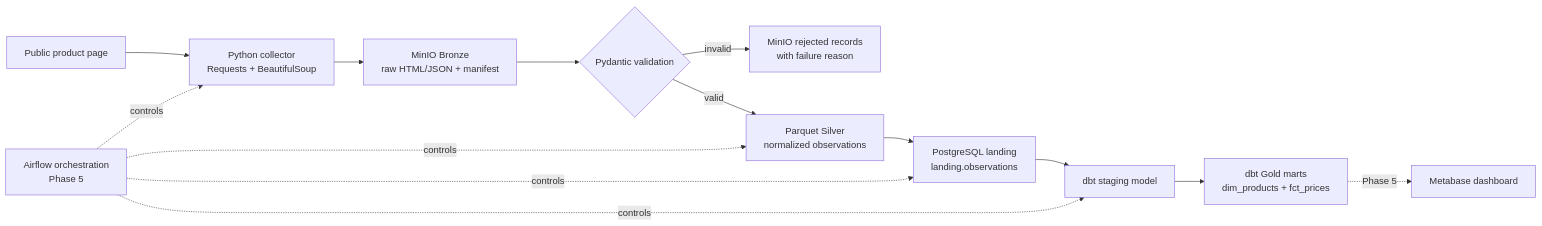
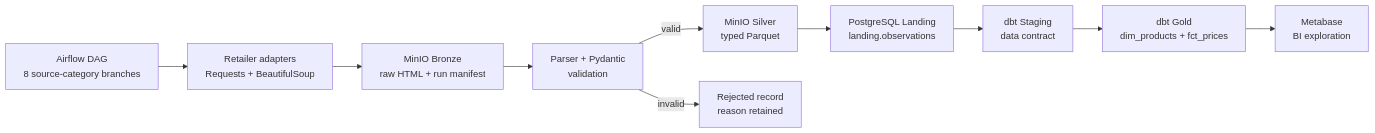
The first of 2 diagrams in README.md (alvin-agustio/retail-price-intelligence-pipeline), drawn with Mermaid before and after one commit. The commit also changed other lines of this file and 3 other files, not shown here.

````diff
--- a/README.md
+++ b/README.md
@@ -32,17 +38,12 @@
 ```mermaid
 flowchart LR
-    A[Public product page] --> B[Python collector<br/>Requests + BeautifulSoup]
-    B --> C[MinIO Bronze<br/>raw HTML/JSON + manifest]
-    C --> D{Pydantic validation}
-    D -->|invalid| E[MinIO rejected records<br/>with failure reason]
-    D -->|valid| F[Parquet Silver<br/>normalized observations]
-    F --> G[PostgreSQL landing<br/>landing.observations]
-    G --> H[dbt staging model]
-    H --> I[dbt Gold marts<br/>dim_products + fct_prices]
-    I -. Phase 5 .-> J[Metabase dashboard]
-
-    K[Airflow orchestration<br/>Phase 5] -. controls .-> B
-    K -. controls .-> F
-    K -. controls .-> G
-    K -. controls .-> H
+    A["Airflow DAG<br/>8 source-category branches"] --> B["Retailer adapters<br/>Requests + BeautifulSoup"]
+    B --> C["MinIO Bronze<br/>raw HTML + run manifest"]
+    C --> D["Parser + Pydantic<br/>validation"]
+    D -->|valid| E["MinIO Silver<br/>typed Parquet"]
+    D -->|invalid| R["Rejected record<br/>reason retained"]
+    E --> F["PostgreSQL Landing<br/>landing.observations"]
+    F --> G["dbt Staging<br/>data contract"]
+    G --> H["dbt Gold<br/>dim_products + fct_prices"]
+    H --> I["Metabase<br/>BI exploration"]
 ```
````
